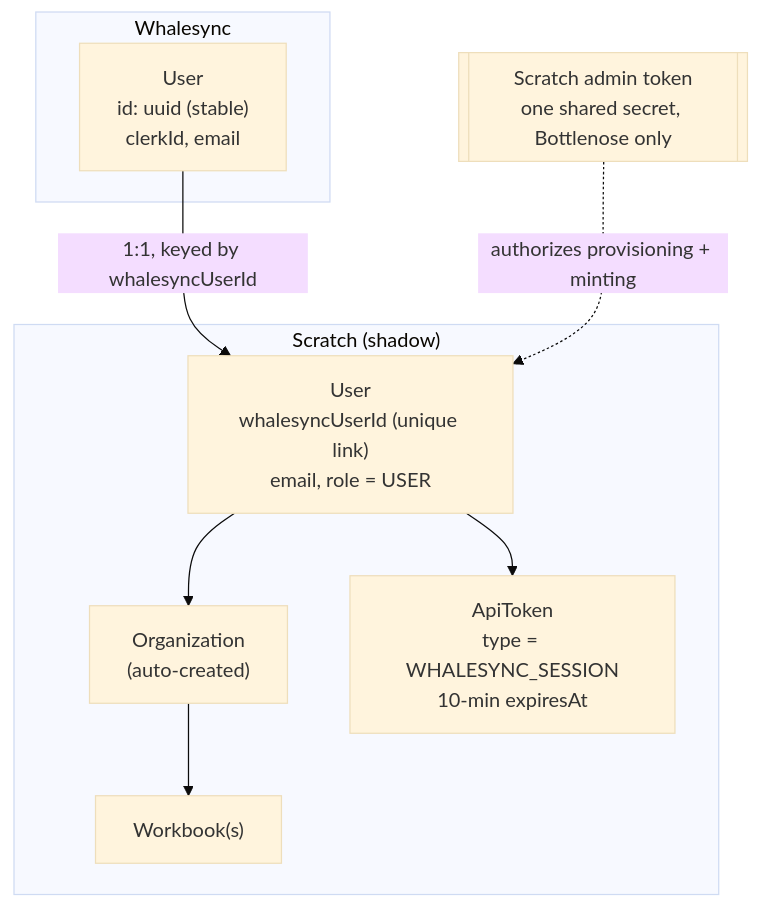
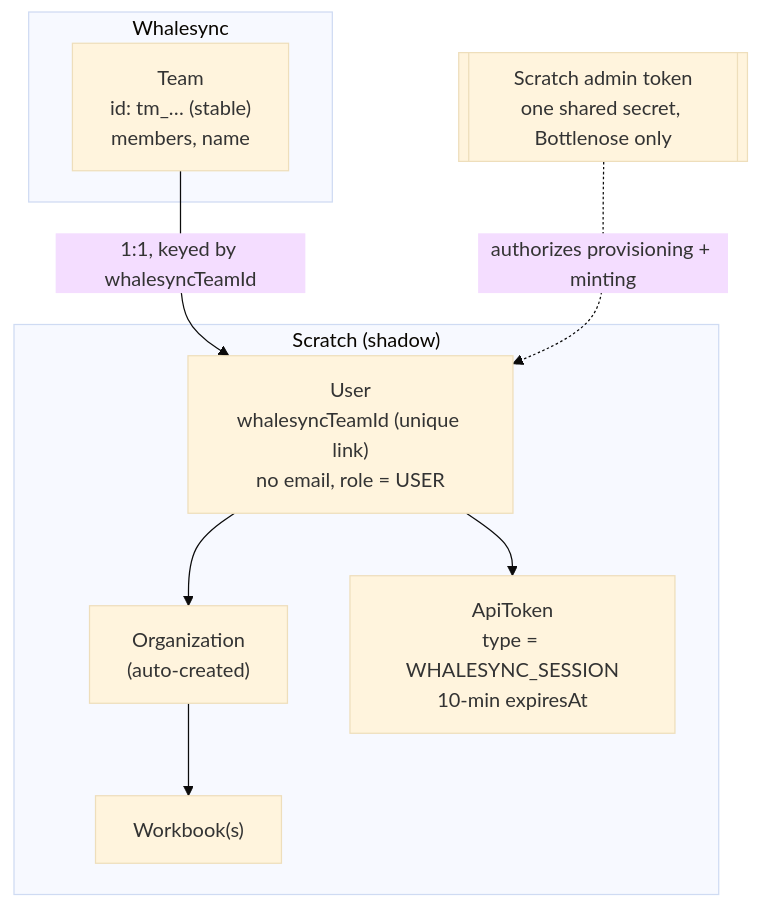
One commit to whalesync/scratch-cli-test changed the third of 6 diagrams in docs/whalesync-scratch-api-access.md. Above: the diagram before and after it, drawn with Mermaid (base theme). The commit also changed other lines of this file and 56 other files, not shown here.

````diff
--- a/docs/whalesync-scratch-api-access.md
+++ b/docs/whalesync-scratch-api-access.md
@@ -119,18 +120,18 @@
 ```mermaid
 flowchart TB
   subgraph WS["Whalesync"]
-    WUser["User<br/>id: uuid (stable)<br/>clerkId, email"]
+    WTeam["Team<br/>id: tm_… (stable)<br/>members, name"]
   end
   subgraph SC["Scratch (shadow)"]
-    SUser["User<br/>whalesyncUserId (unique link)<br/>email, role = USER"]
+    SUser["User<br/>whalesyncTeamId (unique link)<br/>no email, role = USER"]
     Org["Organization<br/>(auto-created)"]
     WB["Workbook(s)"]
     UTok["ApiToken<br/>type = WHALESYNC_SESSION<br/>10-min expiresAt"]
   end
   Admin[["Scratch admin token<br/>one shared secret, Bottlenose only"]]
 
-  WUser -- "1:1, keyed by whalesyncUserId" --> SUser
+  WTeam -- "1:1, keyed by whalesyncTeamId" --> SUser
   SUser --> Org --> WB
   SUser --> UTok
   Admin -. "authorizes provisioning + minting" .-> SUser
 ```
````
